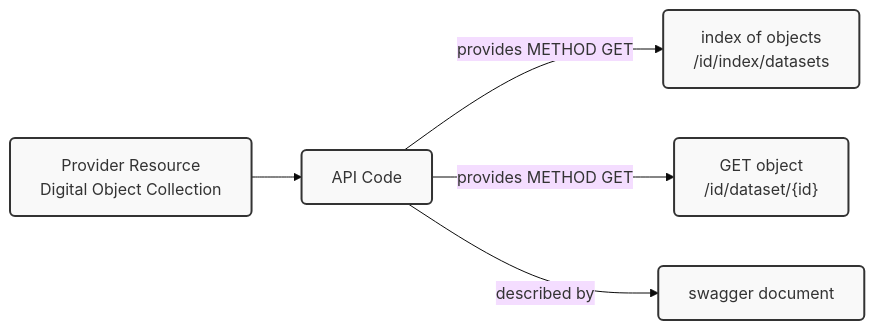
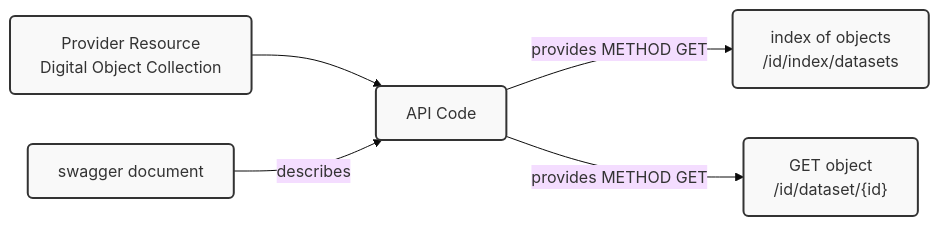
Before and after one commit to go-fair-us/apireference: the first of 3 diagrams in README.md, drawn with Mermaid (base theme). The commit also changed other lines of this file and 2 other files, not shown here.

````diff
--- a/README.md
+++ b/README.md
@@ -44,20 +44,20 @@
 ```mermaid
 flowchart LR
     r["Provider Resource\n Digital Object Collection"]
     api["API Code"]
     i["index of objects\n /id/index/datasets"]
     get["GET object\n /id/dataset/{id}"]
     sw["swagger document"]
     
 
     r --> api
     api -- provides METHOD GET --> i
     api -- provides METHOD GET --> get
-    api -- described by --> sw
+    sw -- describes --> api
 
     %% Define styling for boxes
     classDef boxStyle fill:#f9f9f9,stroke:#333,stroke-width:2px,rx:5,ry:5
 
     %% Apply styling to all nodes
     class r,api,i,get,sw boxStyle
 ```
````
